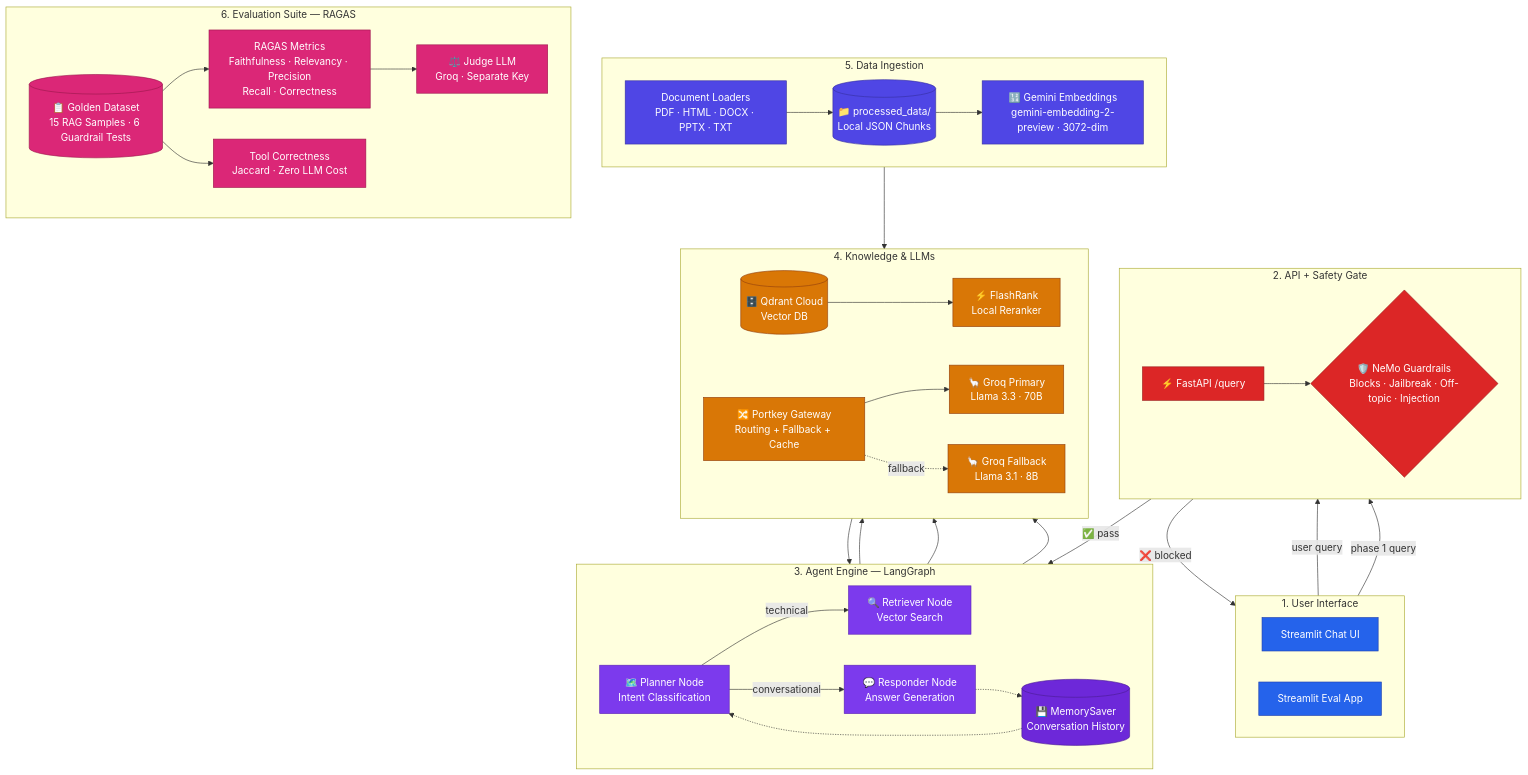
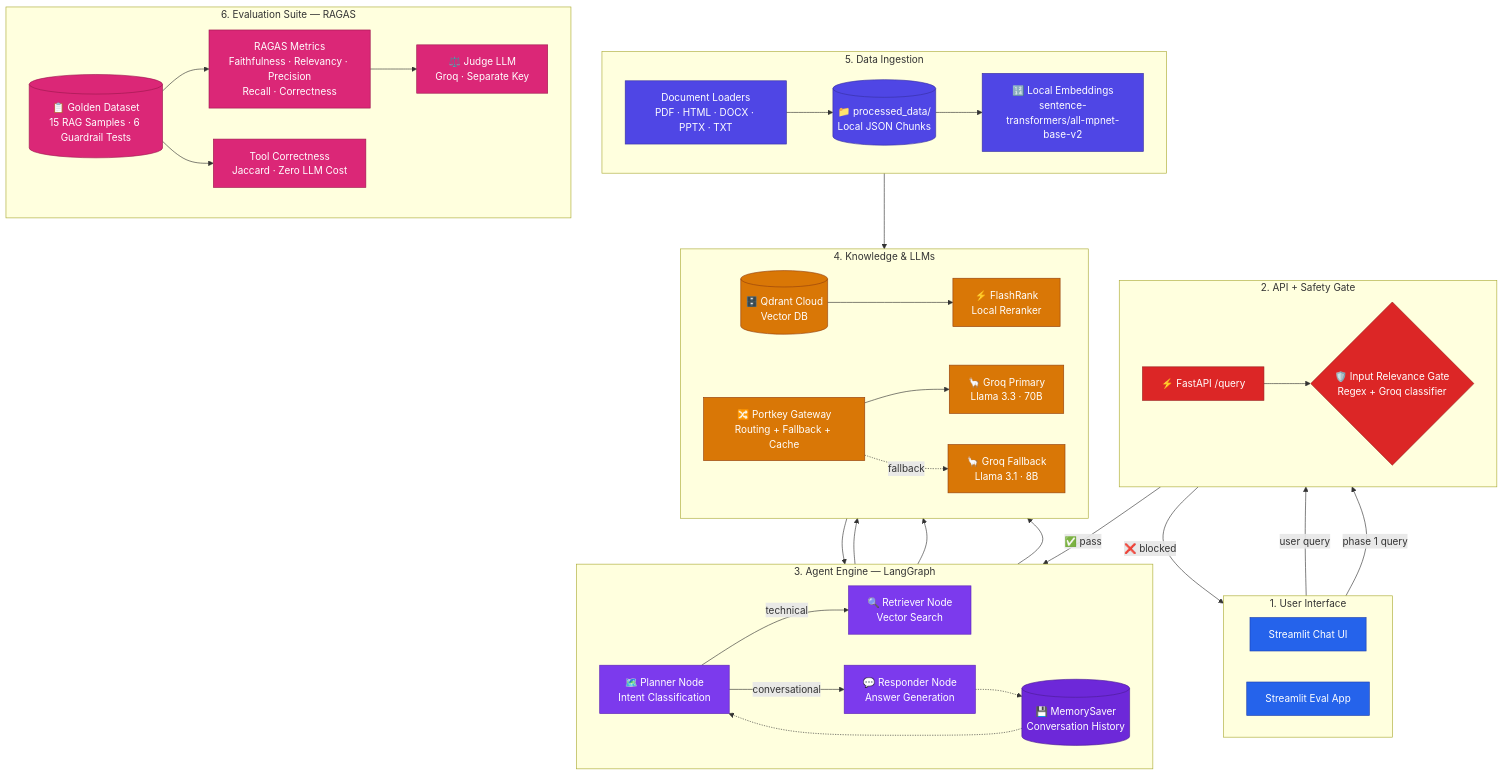
Before and after one commit to krunalp1908/Build-Production-Grade-RAG---Application: the diagram in ARCHITECTURE.md, drawn with Mermaid. The commit also changed 12 other files, not shown here.

```diff
--- a/ARCHITECTURE.md
+++ b/ARCHITECTURE.md
@@ -16,7 +16,7 @@
     subgraph SAFETY ["2. API + Safety Gate"]
         direction LR
         API["⚡ FastAPI  /query"]
-        GR{"🛡️ NeMo Guardrails\nBlocks · Jailbreak · Off-topic · Injection"}
+        GR{"🛡️ Input Relevance Gate\nRegex + Groq classifier"}
     end
 
     subgraph AGENT ["3. Agent Engine — LangGraph"]
@@ -40,7 +40,7 @@
         direction LR
         LOAD["Document Loaders\nPDF · HTML · DOCX · PPTX · TXT"]
         PROC[("📁 processed_data/\nLocal JSON Chunks")]
-        EMB["🔢 Gemini Embeddings\ngemini-embedding-2-preview · 3072-dim"]
+        EMB["🔢 Local Embeddings\nsentence-transformers/all-mpnet-base-v2"]
     end
 
     subgraph EVALS ["6. Evaluation Suite — RAGAS"]
```
